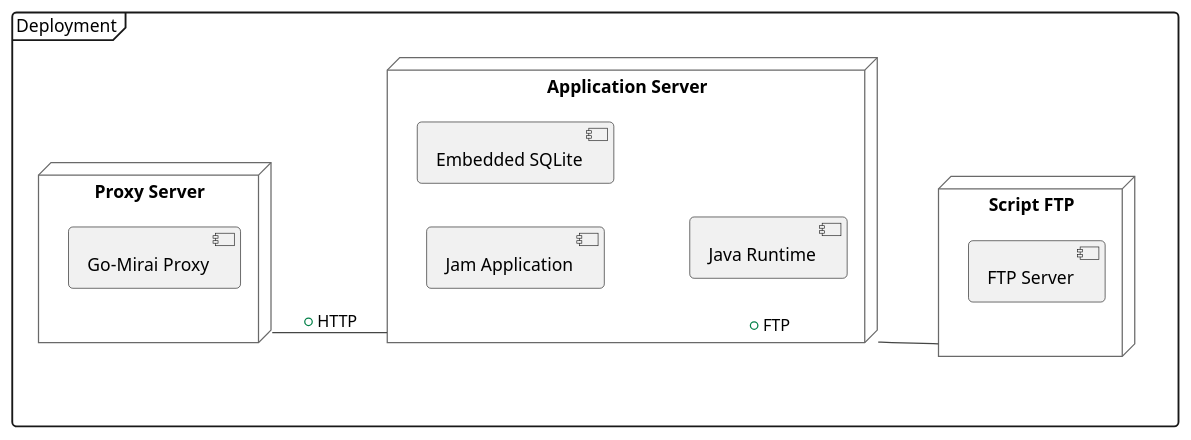
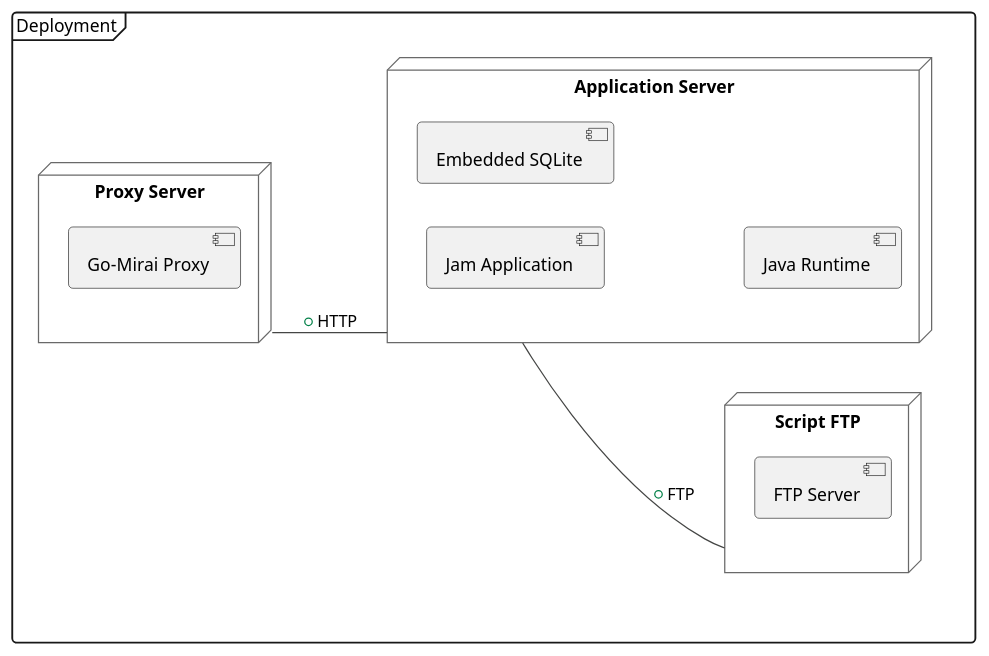
One commit to SinarPandora/UML-Practice changed the diagram in diagram/deployment.puml. Above: the diagram before and after it, drawn with PlantUML.

Commit message:
Update Class Diagram

```diff
--- a/diagram/deployment.puml
+++ b/diagram/deployment.puml
@@ -1,25 +1,25 @@
 @startuml
 !theme vibrant
 skinparam style strictuml
 mainframe Deployment
 
 left to right direction
 
 node "Proxy Server" as proxy {
     [Go-Mirai Proxy]
 }
 
 node "Application Server" as app {
   [Jam Application] as jam
   [Embedded SQLite] as db
   [Java Runtime] as rt
 }
 
 node "Script FTP" as ftp {
   [FTP Server]
 }
 
 proxy -- app : +HTTP
-app --- ftp : +FTP
+app -- ftp : +FTP
 
 @enduml
```
